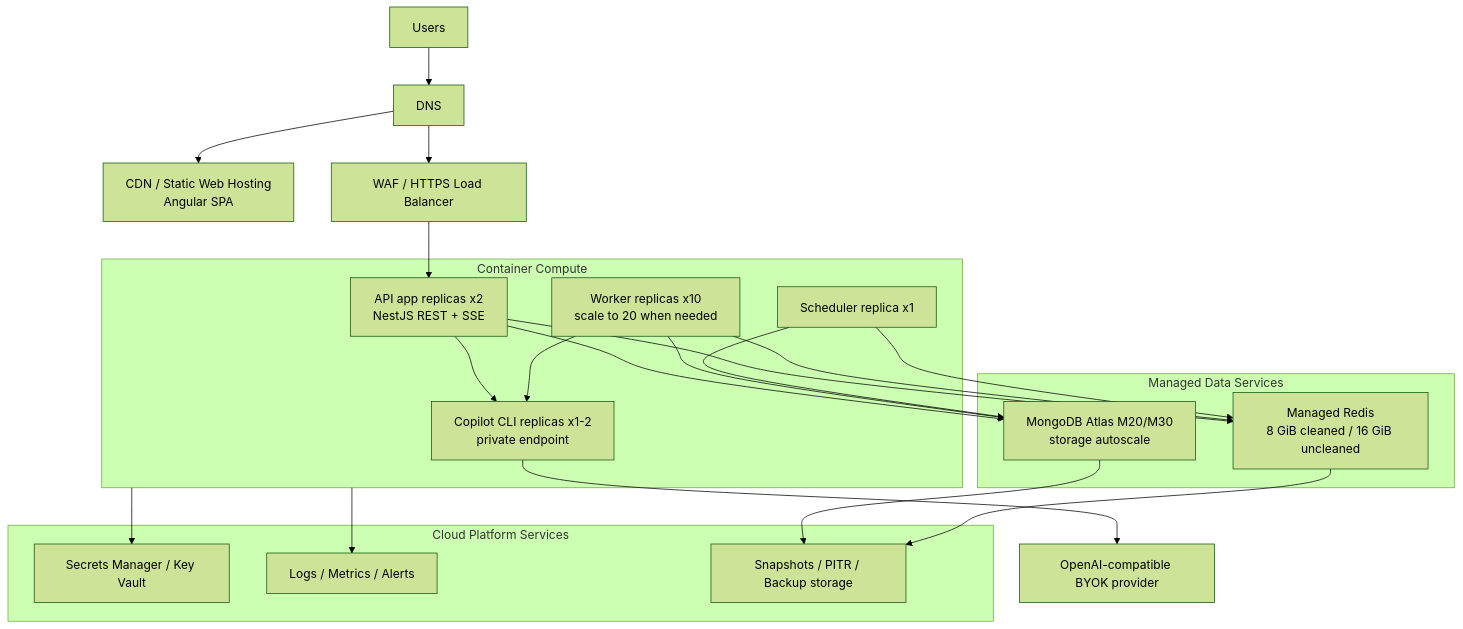
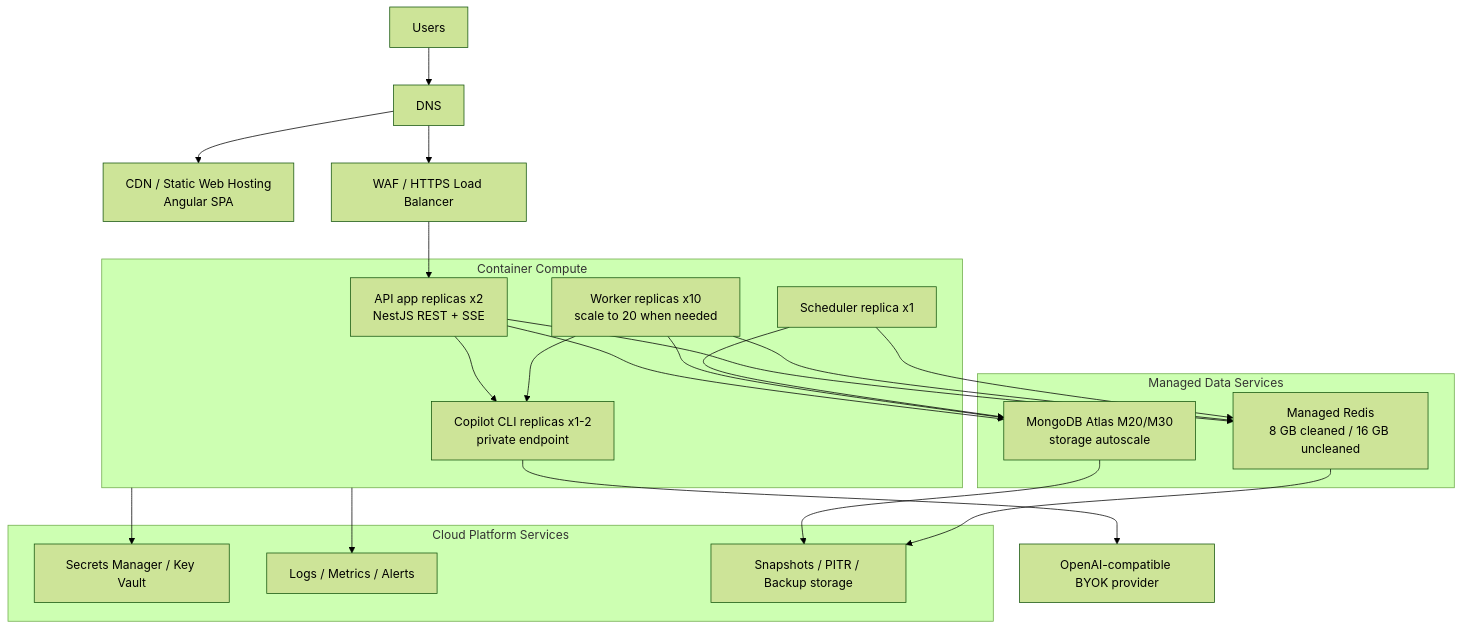
One commit to chunkai1312/temp changed diagram 12 of 17 in production-resource-architecture-proposal.md. Above: the diagram before and after it, drawn with Mermaid (forest theme). The commit also changed other lines of this file, not shown here.

````diff
--- a/production-resource-architecture-proposal.md
+++ b/production-resource-architecture-proposal.md
@@ -483,39 +483,39 @@
 ```mermaid
 flowchart TB
   USERS["Users"] --> DNS["DNS"]
   DNS --> CDN["CDN / Static Web Hosting\nAngular SPA"]
   DNS --> WAF["WAF / HTTPS Load Balancer"]
   WAF --> API["API app replicas x2\nNestJS REST + SSE"]
 
   subgraph COMPUTE["Container Compute"]
     API
     CLI["Copilot CLI replicas x1-2\nprivate endpoint"]
     WORKERS["Worker replicas x10\nscale to 20 when needed"]
     SCHED["Scheduler replica x1"]
   end
 
   subgraph MANAGED["Managed Data Services"]
     ATLAS["MongoDB Atlas M20/M30\nstorage autoscale"]
-    REDIS["Managed Redis\n8 GiB cleaned / 16 GiB uncleaned"]
+    REDIS["Managed Redis\n8 GB cleaned / 16 GB uncleaned"]
   end
 
   subgraph PLATFORM["Cloud Platform Services"]
     SECRETS["Secrets Manager / Key Vault"]
     OBS["Logs / Metrics / Alerts"]
     BACKUP["Snapshots / PITR / Backup storage"]
   end
 
   API --> ATLAS
   API --> REDIS
   API --> CLI
   WORKERS --> ATLAS
   WORKERS --> REDIS
   WORKERS --> CLI
   SCHED --> ATLAS
   SCHED --> REDIS
   CLI --> PROVIDER["OpenAI-compatible BYOK provider"]
   COMPUTE --> OBS
   ATLAS --> BACKUP
   REDIS --> BACKUP
   COMPUTE --> SECRETS
 ```
````
